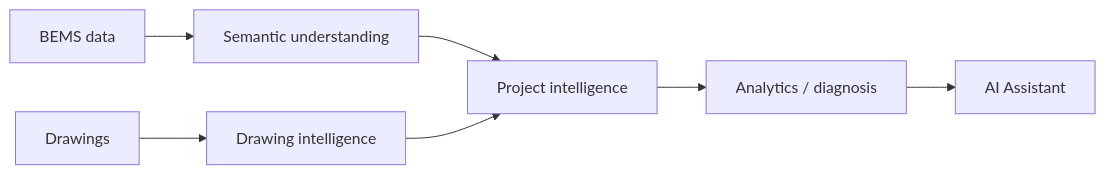
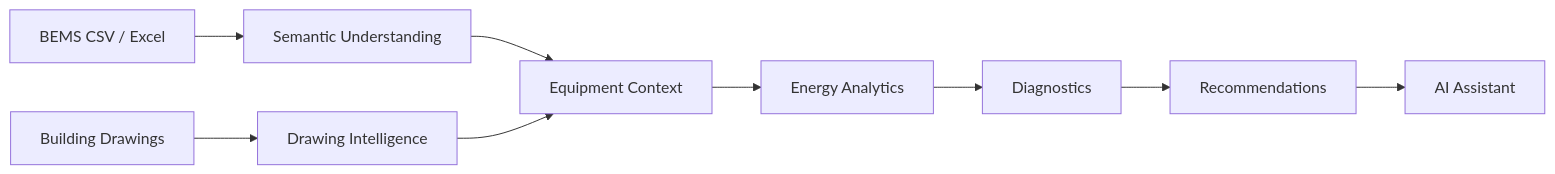
One commit to KaedeharaT/hvac-ai-analyzer changed the first of 3 diagrams in README.md. Above: the diagram before and after it, drawn with Mermaid. The commit also changed other lines of this file and 6 other files, not shown here.

````diff
--- a/README.md
+++ b/README.md
@@ -39,9 +38,11 @@
 ```mermaid
 flowchart LR
-    A[BEMS data] --> B[Semantic understanding]
-    B --> C[Project intelligence]
-    X[Drawings] --> Y[Drawing intelligence]
-    Y --> C
-    C --> D[Analytics / diagnosis]
-    D --> E[AI Assistant]
+    A[BEMS CSV / Excel] --> B[Semantic Understanding]
+    D[Building Drawings] --> E[Drawing Intelligence]
+    B --> C[Equipment Context]
+    E --> C
+    C --> F[Energy Analytics]
+    F --> G[Diagnostics]
+    G --> H[Recommendations]
+    H --> I[AI Assistant]
 ```
````
